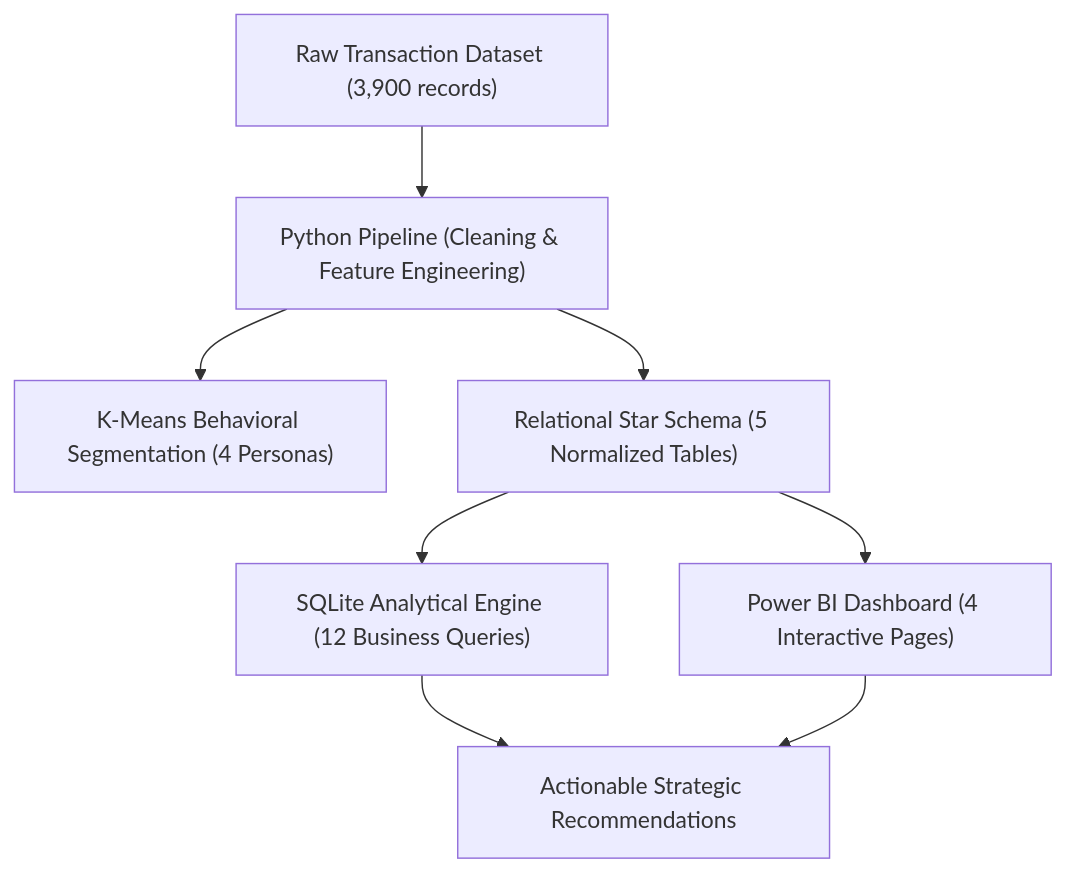
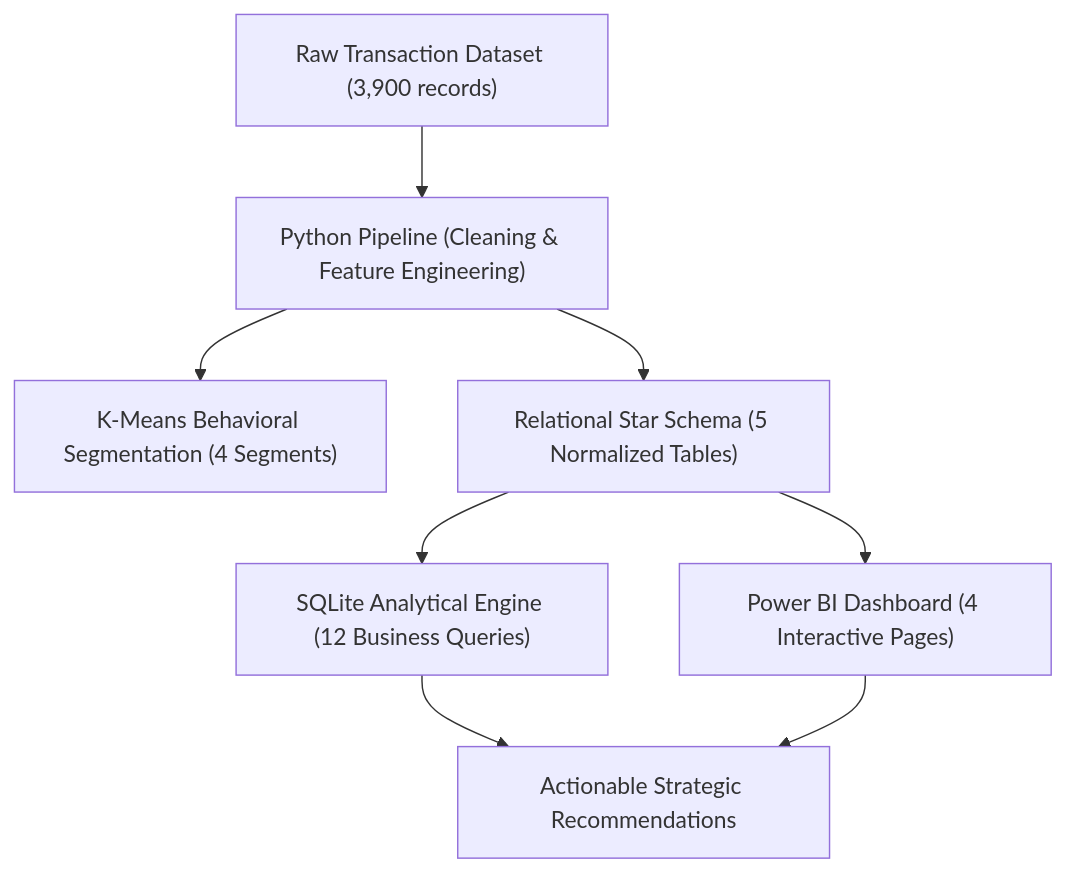
Before and after one commit to aladdin-dev0/retail-customer-behavior-analysis: the first of 2 diagrams in reports/executive_project_report.md, drawn with Mermaid. The commit also changed other lines of this file and 5 other files, not shown here.

Commit message:
docs: standardize terminology from Personas to Behavioral Customer Segmentation across all decks and reports

````diff
--- a/reports/executive_project_report.md
+++ b/reports/executive_project_report.md
@@ -29,10 +29,10 @@
 ```mermaid
 flowchart TD
     A["Raw Transaction Dataset (3,900 records)"] --> B["Python Pipeline (Cleaning & Feature Engineering)"]
-    B --> C["K-Means Behavioral Segmentation (4 Personas)"]
+    B --> C["K-Means Behavioral Segmentation (4 Segments)"]
     B --> D["Relational Star Schema (5 Normalized Tables)"]
     D --> E["SQLite Analytical Engine (12 Business Queries)"]
     D --> F["Power BI Dashboard (4 Interactive Pages)"]
     E --> G["Actionable Strategic Recommendations"]
     F --> G
 ```
````
